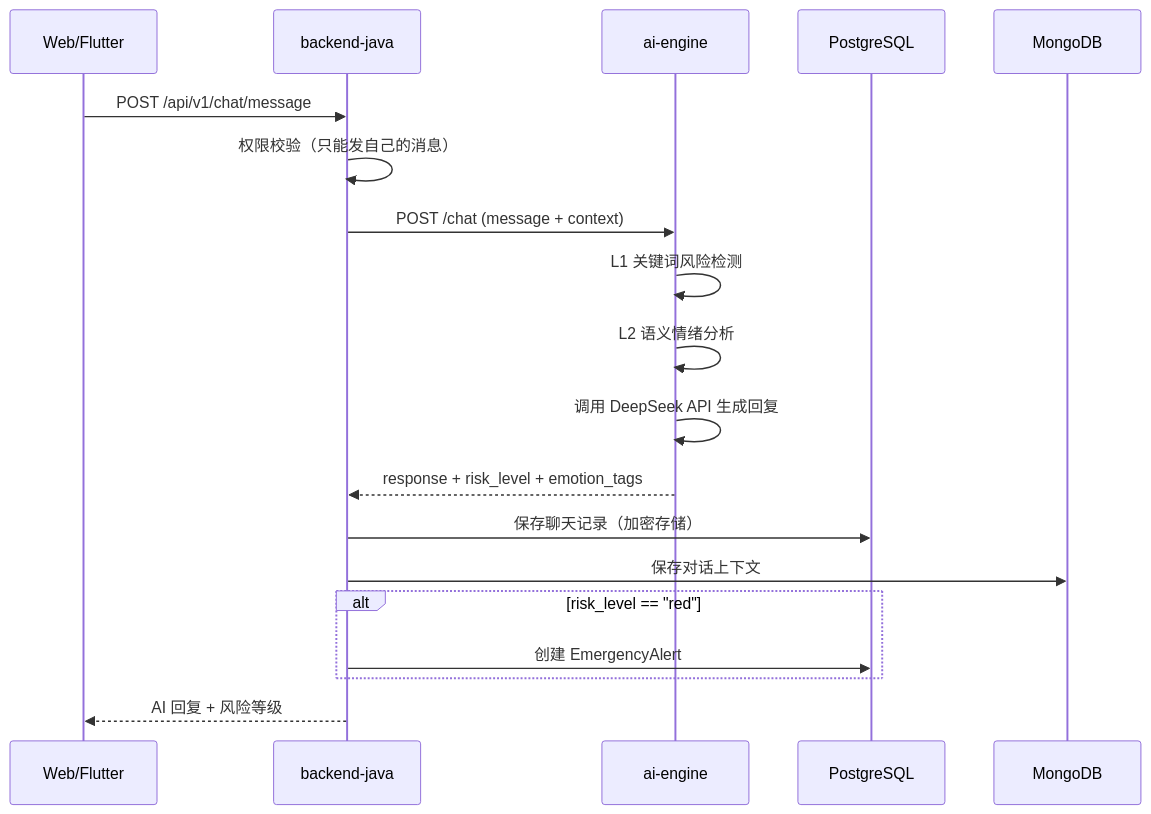
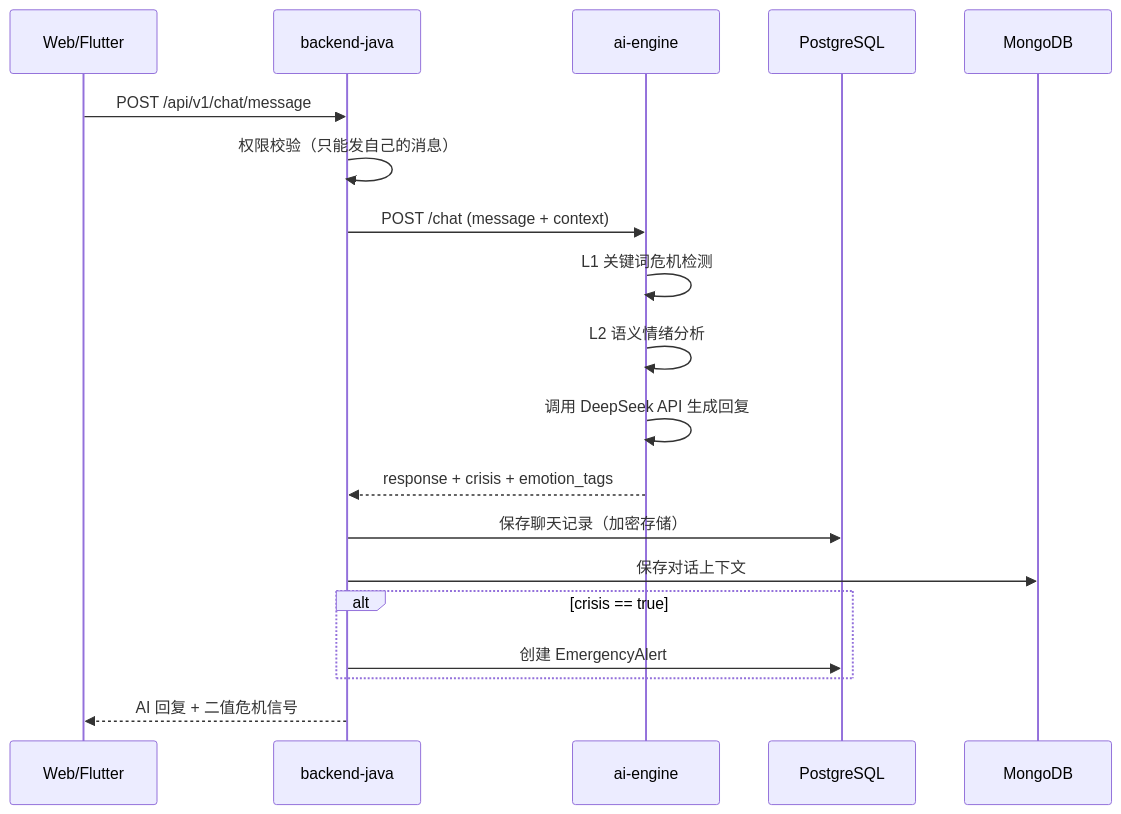
Before and after one commit to user-unknowed/-StarIsle-: the fifth of 5 diagrams in docs/code-wiki/dependencies.md, drawn with Mermaid. The commit also changed 80 other files, not shown here.

````diff
--- a/docs/code-wiki/dependencies.md
+++ b/docs/code-wiki/dependencies.md
@@ -171,22 +171,22 @@
 ```mermaid
 sequenceDiagram
     participant Client as Web/Flutter
     participant BJ as backend-java
     participant AI as ai-engine
     participant PG as PostgreSQL
     participant MG as MongoDB
 
     Client->>BJ: POST /api/v1/chat/message
     BJ->>BJ: 权限校验（只能发自己的消息）
     BJ->>AI: POST /chat (message + context)
-    AI->>AI: L1 关键词风险检测
+    AI->>AI: L1 关键词危机检测
     AI->>AI: L2 语义情绪分析
     AI->>AI: 调用 DeepSeek API 生成回复
-    AI-->>BJ: response + risk_level + emotion_tags
+    AI-->>BJ: response + crisis + emotion_tags
     BJ->>PG: 保存聊天记录（加密存储）
     BJ->>MG: 保存对话上下文
-    alt risk_level == "red"
+    alt crisis == true
         BJ->>PG: 创建 EmergencyAlert
     end
-    BJ-->>Client: AI 回复 + 风险等级
+    BJ-->>Client: AI 回复 + 二值危机信号
 ```
````
